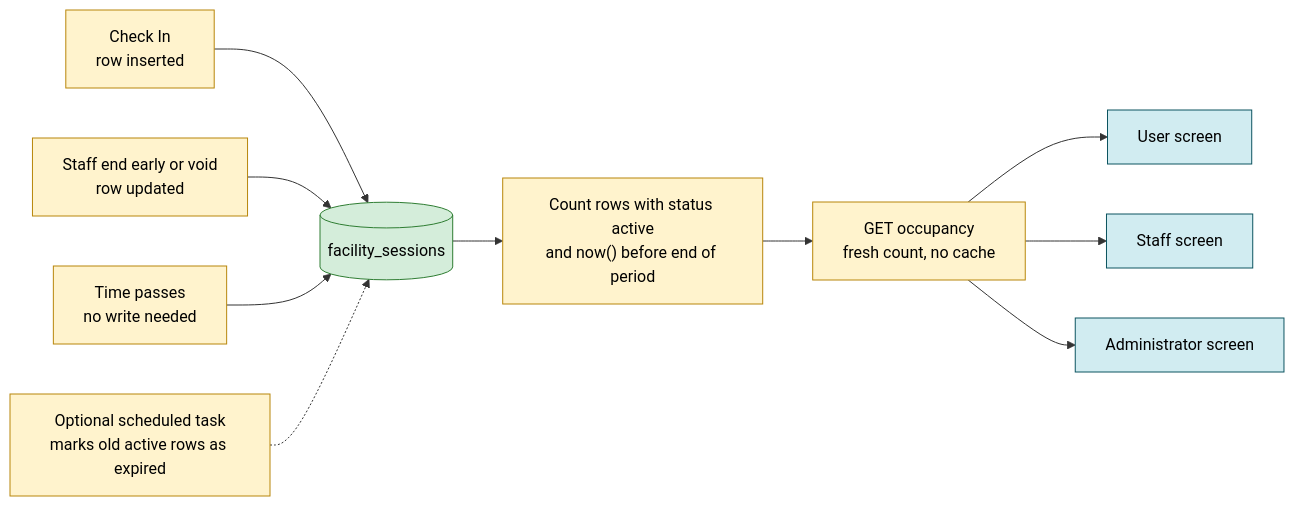
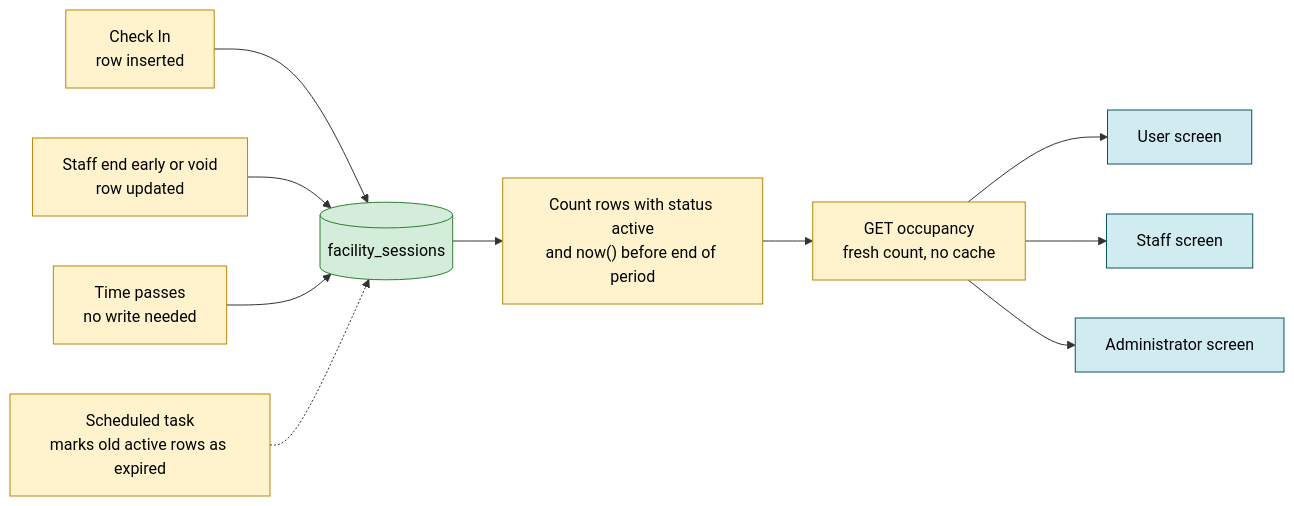
The tenth of 11 diagrams in docs/design/check-in-flows.md (Th3-Minorities/natatorio-gym-app), drawn with Mermaid before and after one commit. The commit also changed other lines of this file, not shown here.

Commit message:
Apply the design review decisions to the Check In flows

````diff
--- a/docs/design/check-in-flows.md
+++ b/docs/design/check-in-flows.md
@@ -273,19 +306,19 @@
 ```mermaid
 flowchart LR
   CI["Check In<br/>row inserted"] --> T[("facility_sessions")]
   SC["Staff end early or void<br/>row updated"] --> T
   TM["Time passes<br/>no write needed"] --> T
   T --> Q["Count rows with status active<br/>and now() before end of period"]
   Q --> API["GET occupancy<br/>fresh count, no cache"]
   API --> U["User screen"]
   API --> S["Staff screen"]
   API --> AD["Administrator screen"]
-  CL["Optional scheduled task<br/>marks old active rows as expired"] -.-> T
+  CL["Scheduled task<br/>marks old active rows as expired"] -.-> T
 
   classDef back fill:#fff3cd,stroke:#b8860b,color:#000
   classDef data fill:#d4edda,stroke:#2e7d32,color:#000
   classDef client fill:#d1ecf1,stroke:#0c5460,color:#000
   class CI,SC,TM,Q,API,CL back
   class T data
   class U,S,AD client
 ```
````
